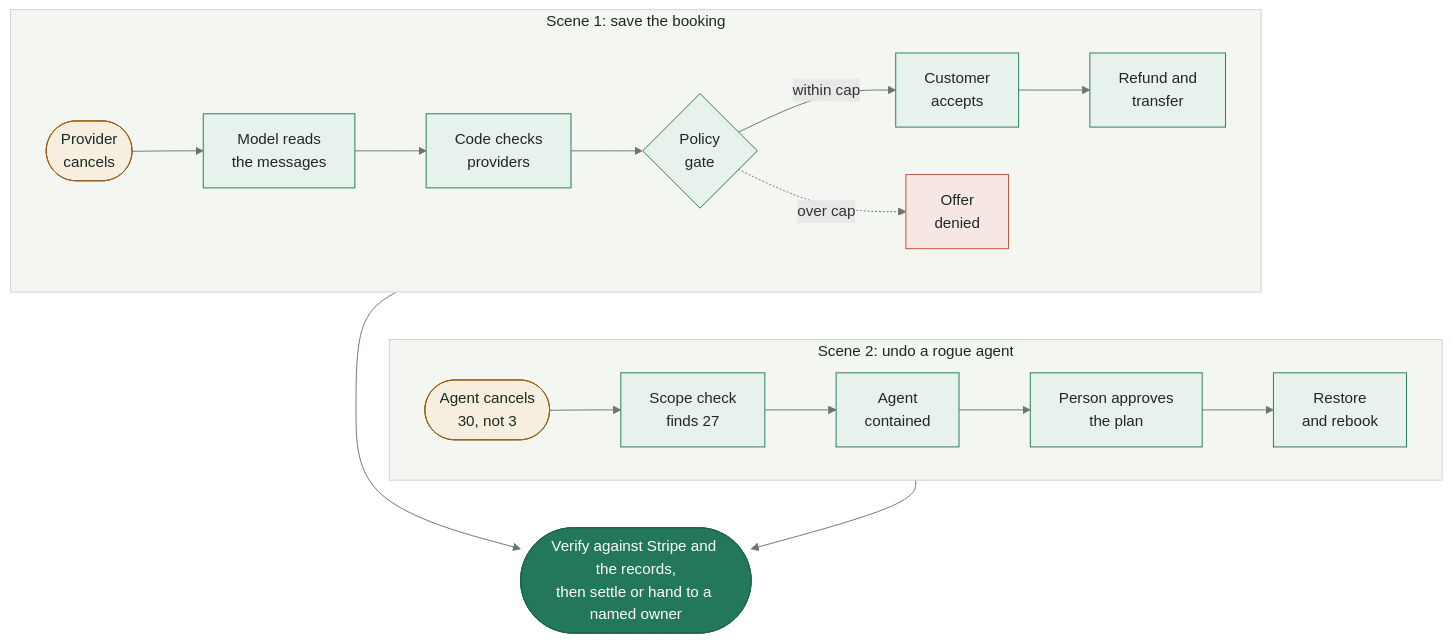
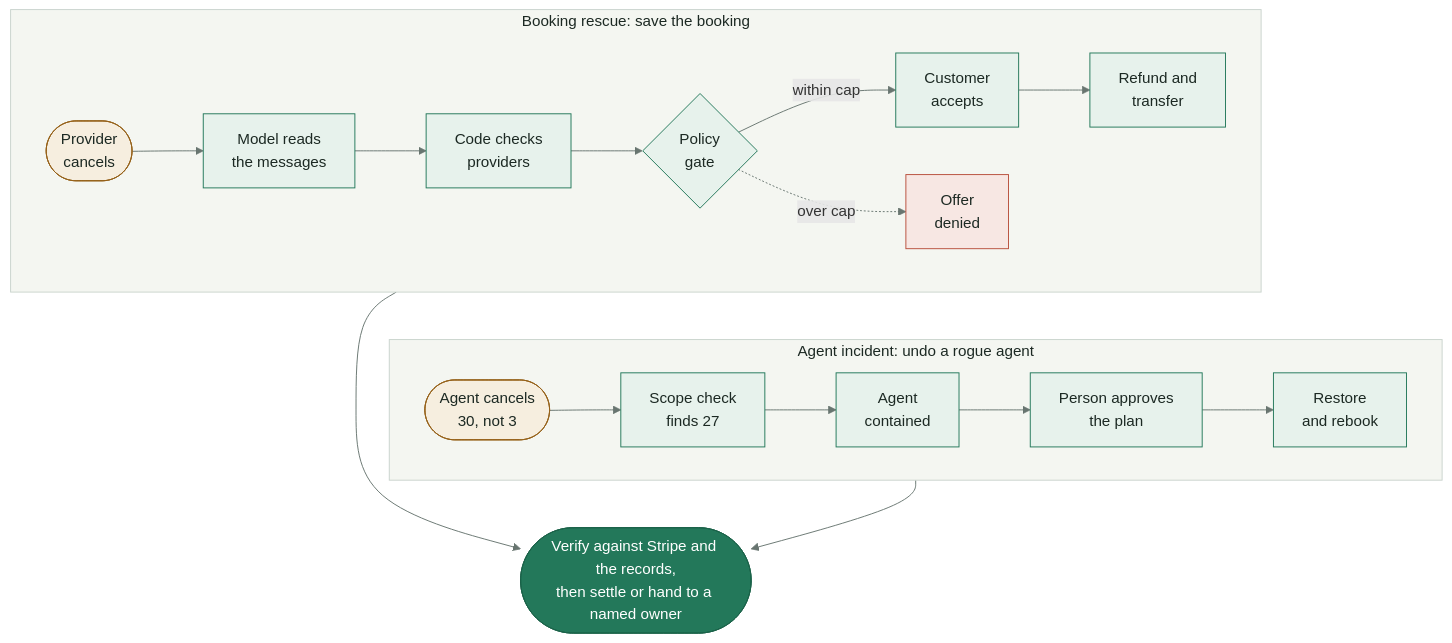
One commit to Chee19/arch-os changed the first of 3 diagrams in README.md. Above: the diagram before and after it, drawn with Mermaid. The commit also changed other lines of this file, not shown here.

Commit message:
docs: describe the workspace flow in the README

````diff
--- a/README.md
+++ b/README.md
@@ -63,30 +63,30 @@
 ```mermaid
 flowchart TB
-  subgraph rescue["Scene 1: save the booking"]
+  subgraph rescue["Booking rescue: save the booking"]
     direction LR
     fail(["Provider<br/>cancels"]) --> understand["Model reads<br/>the messages"] --> search["Code checks<br/>providers"] --> gate{"Policy<br/>gate"}
     gate -- "within cap" --> consent["Customer<br/>accepts"] --> money["Refund and<br/>transfer"]
     gate -. "over cap" .-> denied["Offer<br/>denied"]
   end
 
-  subgraph recover["Scene 2: undo a rogue agent"]
+  subgraph recover["Agent incident: undo a rogue agent"]
     direction LR
     rogue(["Agent cancels<br/>30, not 3"]) --> detect["Scope check<br/>finds 27"] --> contain["Agent<br/>contained"] --> approve["Person approves<br/>the plan"] --> restore["Restore<br/>and rebook"]
   end
 
   rescue ~~~ recover
   rescue --> verify(["Verify against Stripe and the records,<br/>then settle or hand to a named owner"])
   recover --> verify
 
   classDef trigger fill:#f6eedf,stroke:#956018,color:#1c2923
   classDef step fill:#e7f2ec,stroke:#23785a,color:#1c2923
   classDef stop fill:#f7e7e3,stroke:#b84f3c,color:#1c2923
   classDef done fill:#23785a,stroke:#1b6349,color:#ffffff
   class fail,rogue trigger
   class understand,search,gate,consent,money,detect,contain,approve,restore step
   class denied stop
   class verify done
   style rescue fill:#f4f6f1,stroke:#c9d3cd,color:#1c2923
   style recover fill:#f4f6f1,stroke:#c9d3cd,color:#1c2923
   linkStyle default stroke:#687570
 ```
````
